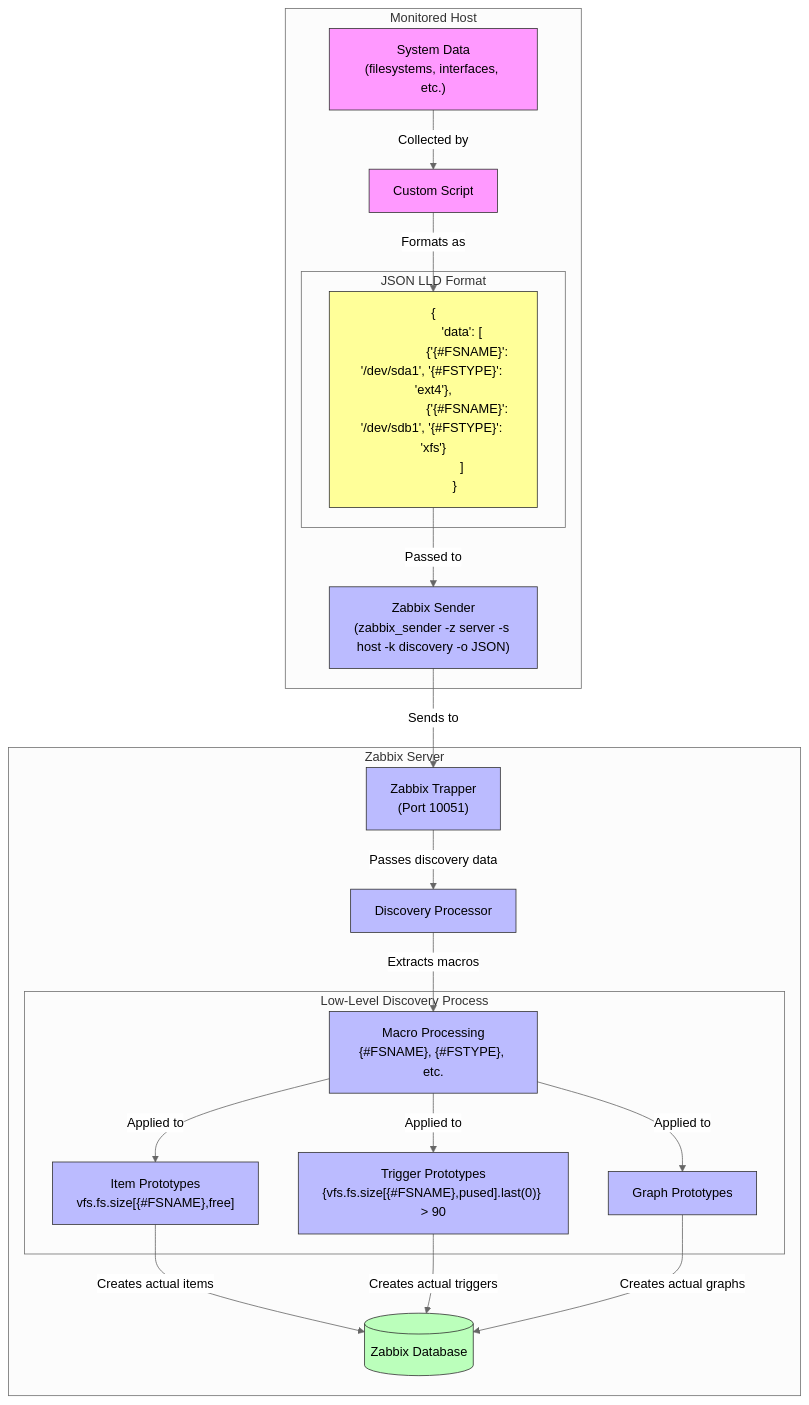
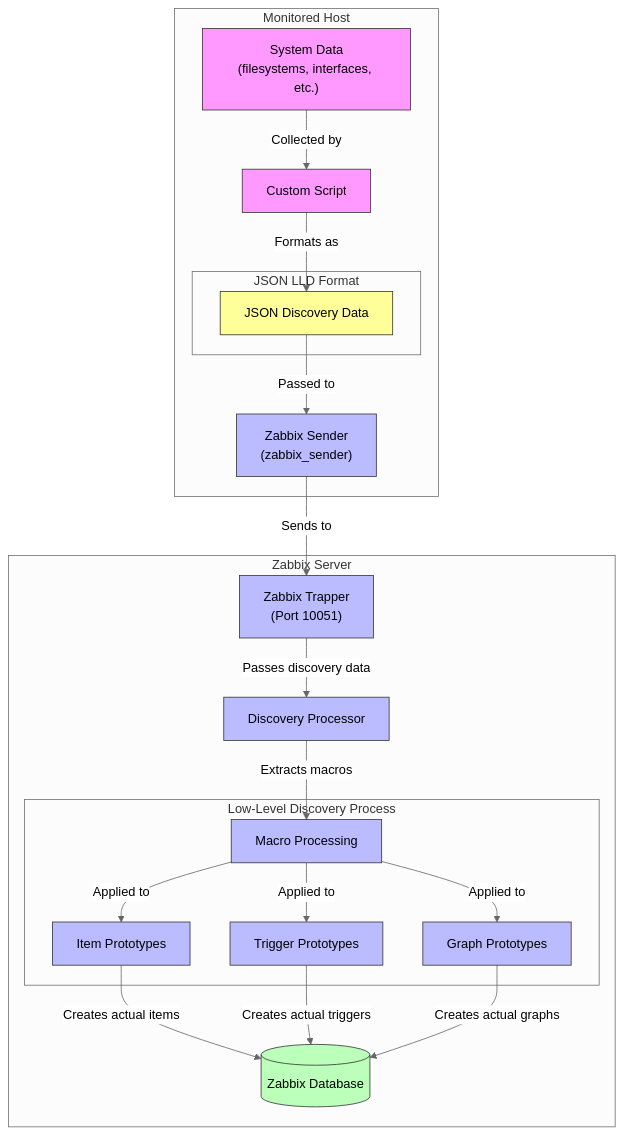
The third of 6 diagrams in docs/materials/lectures/Zabbix/zabbix.md (mariatesttalvik/monitoring), drawn with Mermaid (neutral theme) before and after one commit. The commit also changed other lines of this file and 63 other files, not shown here.

Commit message:
mermaid fix

````diff
--- a/docs/materials/lectures/Zabbix/zabbix.md
+++ b/docs/materials/lectures/Zabbix/zabbix.md
@@ -1042,57 +1048,52 @@
-```mermaid
+<div class="mermaid">
 graph TD
     subgraph "Monitored Host"
         Script["Custom Script"]
         Data["System Data\n(filesystems, interfaces, etc.)"]
         
         subgraph "JSON LLD Format"
-            JSON["{
-                'data': [
-                    {'{#FSNAME}': '/dev/sda1', '{#FSTYPE}': 'ext4'},
-                    {'{#FSNAME}': '/dev/sdb1', '{#FSTYPE}': 'xfs'}
-                ]
-            }"]
+            JSON["JSON Discovery Data"]
         end
         
-        ZS["Zabbix Sender\n(zabbix_sender -z server -s host -k discovery -o JSON)"]
+        ZS["Zabbix Sender\n(zabbix_sender)"]
     end
     
     subgraph "Zabbix Server"
         ZT["Zabbix Trapper\n(Port 10051)"]
         DP["Discovery Processor"]
         
         subgraph "Low-Level Discovery Process"
-            Macros["Macro Processing\n{#FSNAME}, {#FSTYPE}, etc."]
-            ItemProto["Item Prototypes\nvfs.fs.size[{#FSNAME},free]"]
-            TriggerProto["Trigger Prototypes\n{vfs.fs.size[{#FSNAME},pused].last(0)} > 90"]
+            Macros["Macro Processing"]
+            ItemProto["Item Prototypes"]
+            TriggerProto["Trigger Prototypes"]
             GraphProto["Graph Prototypes"]
         end
         
         DB[(Zabbix Database)]
     end
     
     Data -->|"Collected by"| Script
     Script -->|"Formats as"| JSON
     JSON -->|"Passed to"| ZS
     ZS -->|"Sends to"| ZT
     
     ZT -->|"Passes discovery data"| DP
     DP -->|"Extracts macros"| Macros
     Macros -->|"Applied to"| ItemProto
     Macros -->|"Applied to"| TriggerProto
     Macros -->|"Applied to"| GraphProto
     
     ItemProto -->|"Creates actual items"| DB
     TriggerProto -->|"Creates actual triggers"| DB
     GraphProto -->|"Creates actual graphs"| DB
     
     classDef script fill:#f9f,stroke:#333,stroke-width:1px;
     classDef json fill:#ff9,stroke:#333,stroke-width:1px;
     classDef zabbixComponent fill:#bbf,stroke:#333,stroke-width:1px;
     classDef database fill:#bfb,stroke:#333,stroke-width:1px;
     
     class Script,Data script;
     class JSON json;
     class ZS,ZT,DP,Macros,ItemProto,TriggerProto,GraphProto zabbixComponent;
     class DB database;
-```
+</div>
````
